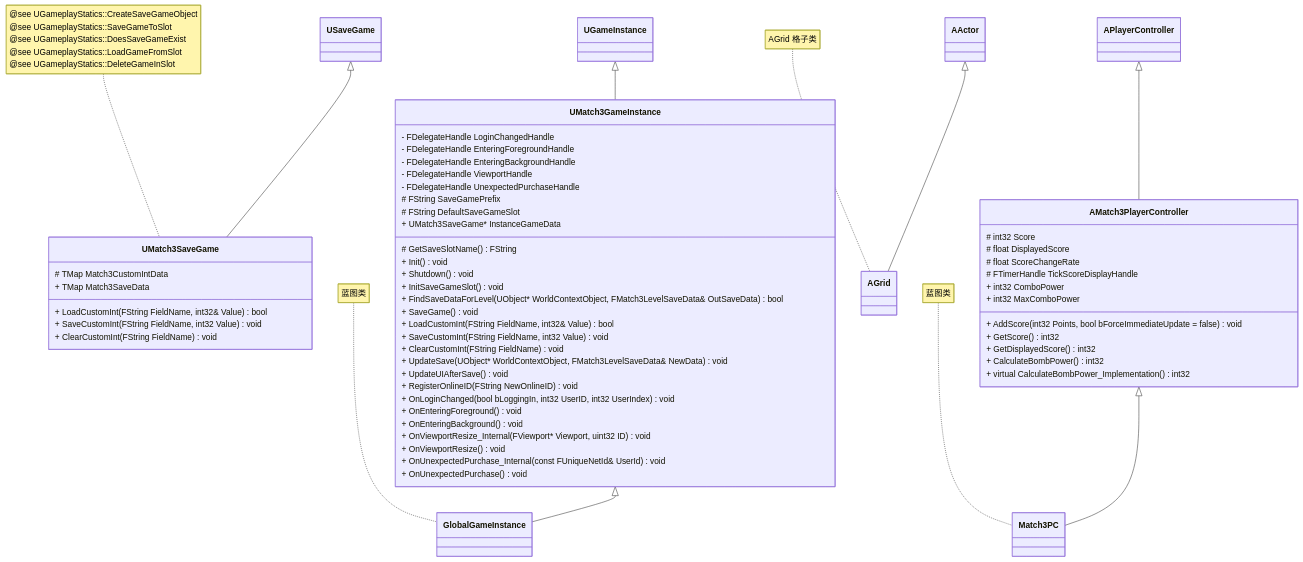
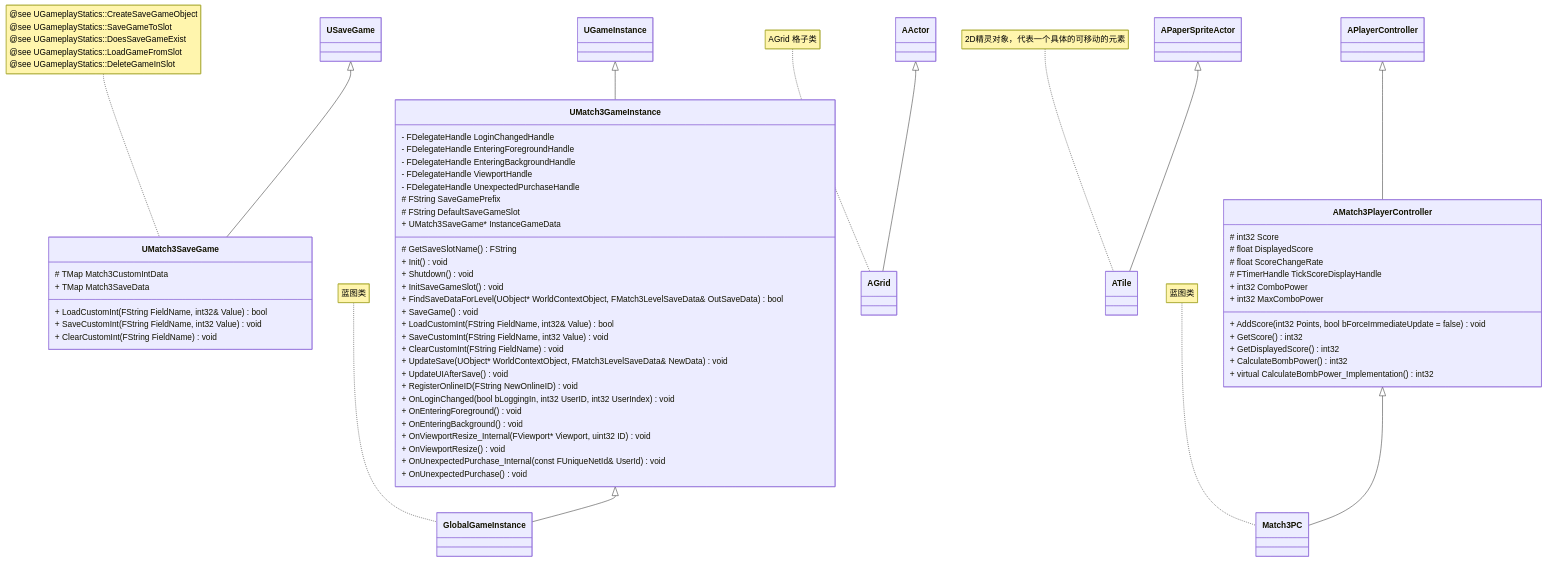
Before and after one commit to caodhuan/match3: the second of 2 diagrams in flow.md, drawn with Mermaid. The commit also changed 2 other files, not shown here.

Commit message:
增加：格子

````diff
--- a/flow.md
+++ b/flow.md
@@ -57,77 +57,80 @@
 ```mermaid   
 classDiagram
 USaveGame <|-- UMatch3SaveGame
 class UMatch3SaveGame {
   # TMap<FString, int32> Match3CustomIntData
   + TMap<FString, FMatch3LevelSaveData> Match3SaveData
   + LoadCustomInt(FString FieldName, int32& Value) bool
   + SaveCustomInt(FString FieldName, int32 Value) void
   + ClearCustomInt(FString FieldName) void 
 } 
 note for UMatch3SaveGame  "
 @see UGameplayStatics::CreateSaveGameObject
 @see UGameplayStatics::SaveGameToSlot
 @see UGameplayStatics::DoesSaveGameExist
 @see UGameplayStatics::LoadGameFromSlot
 @see UGameplayStatics::DeleteGameInSlot
 "
 UGameInstance <|-- UMatch3GameInstance
 class UMatch3GameInstance {
   - FDelegateHandle LoginChangedHandle
   - FDelegateHandle EnteringForegroundHandle
   - FDelegateHandle EnteringBackgroundHandle
   - FDelegateHandle ViewportHandle
   - FDelegateHandle UnexpectedPurchaseHandle
   # FString SaveGamePrefix
   # FString DefaultSaveGameSlot
   + UMatch3SaveGame* InstanceGameData
 
   # GetSaveSlotName() FString
   + Init() void
   + Shutdown() void
   + InitSaveGameSlot() void
   + FindSaveDataForLevel(UObject* WorldContextObject, FMatch3LevelSaveData& OutSaveData) bool  
   + SaveGame() void
   + LoadCustomInt(FString FieldName, int32& Value) bool 
   + SaveCustomInt(FString FieldName, int32 Value) void   
   + ClearCustomInt(FString FieldName) void 
   + UpdateSave(UObject* WorldContextObject, FMatch3LevelSaveData& NewData) void
   + UpdateUIAfterSave() void
   + RegisterOnlineID(FString NewOnlineID) void
   + OnLoginChanged(bool bLoggingIn, int32 UserID, int32 UserIndex) void
   + OnEnteringForeground() void
   + OnEnteringBackground() void
   + OnViewportResize_Internal(FViewport* Viewport, uint32 ID) void
   + OnViewportResize() void
   + OnUnexpectedPurchase_Internal(const FUniqueNetId& UserId) void
   + OnUnexpectedPurchase() void
 }
 
 UMatch3GameInstance <|-- GlobalGameInstance
 note for GlobalGameInstance "蓝图类"
 
 
 APlayerController <|-- AMatch3PlayerController
 class AMatch3PlayerController {
   # int32 Score
   # float DisplayedScore
   # float ScoreChangeRate
   # FTimerHandle TickScoreDisplayHandle
 
   + int32 ComboPower
   + int32 MaxComboPower
   + AddScore(int32 Points, bool bForceImmediateUpdate = false) void
   + GetScore() int32
   + GetDisplayedScore() int32
   + CalculateBombPower() int32
   + virtual CalculateBombPower_Implementation() int32
 
 }
 
 AMatch3PlayerController <|-- Match3PC
 note for Match3PC "蓝图类"
 
 AActor <|-- AGrid
 note for AGrid "AGrid 格子类"
 
+APaperSpriteActor <|-- ATile
+note for ATile "2D精灵对象，代表一个具体的可移动的元素"
+
 ```
````
